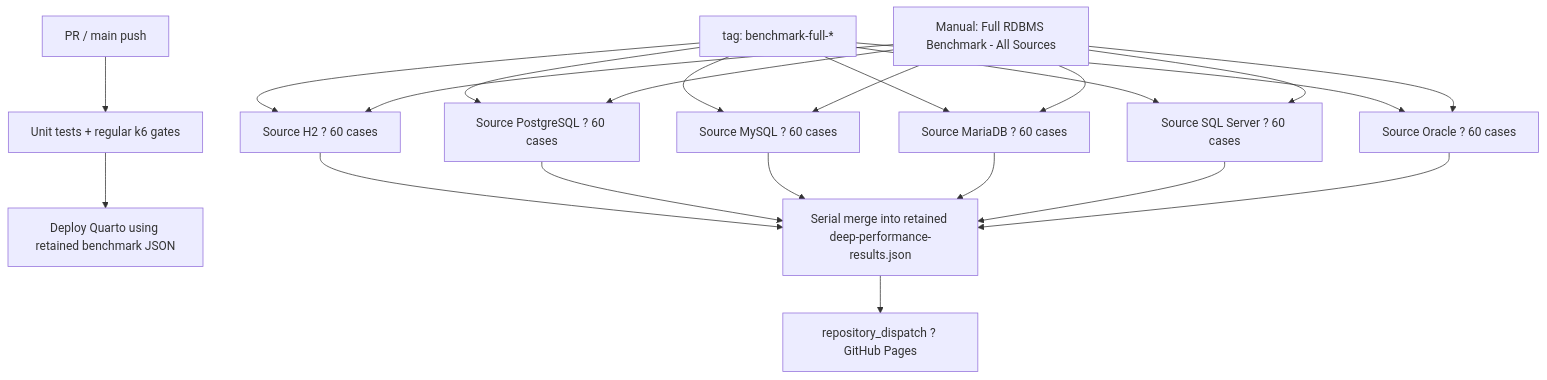
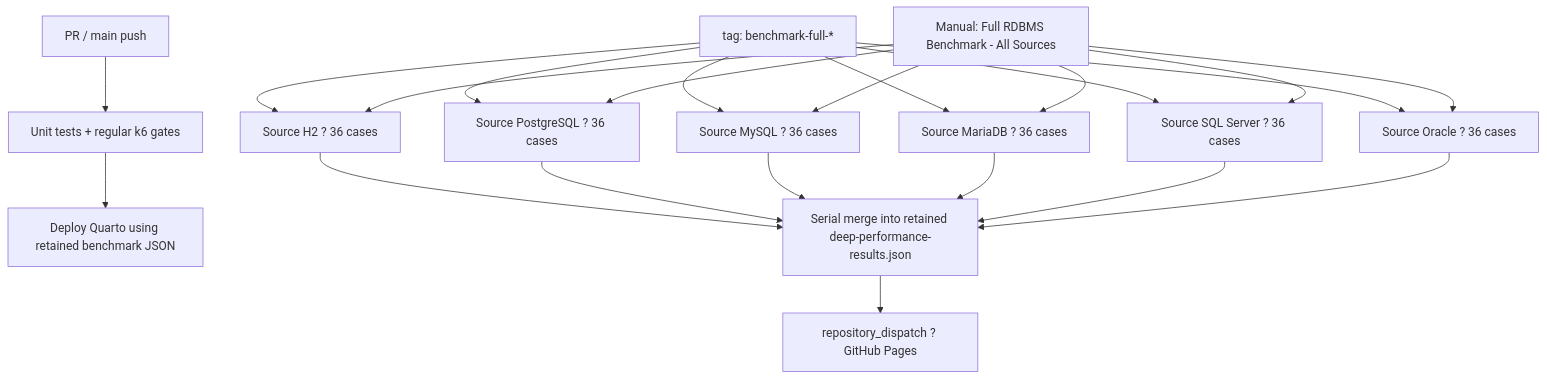
Before and after one commit to tibame201020/IrisPipe: the third of 3 diagrams in quarto/performance.qmd, drawn with Mermaid. The commit also changed other lines of this file and 6 other files, not shown here.

Commit message:
perf: streamline full matrix benchmark ladder

````diff
--- a/quarto/performance.qmd
+++ b/quarto/performance.qmd
@@ -117,27 +115,27 @@
 ```{mermaid}
 flowchart TD
   PR["PR / main push"] --> G["Unit tests + regular k6 gates"]
   G --> P["Deploy Quarto using retained benchmark JSON"]
 
-  T["tag: benchmark-full-*"] --> H2["Source H2 ? 60 cases"]
-  T --> PG["Source PostgreSQL ? 60 cases"]
-  T --> MY["Source MySQL ? 60 cases"]
-  T --> MA["Source MariaDB ? 60 cases"]
-  T --> MS["Source SQL Server ? 60 cases"]
-  T --> OR["Source Oracle ? 60 cases"]
+  T["tag: benchmark-full-*"] --> H2["Source H2 ? 36 cases"]
+  T --> PG["Source PostgreSQL ? 36 cases"]
+  T --> MY["Source MySQL ? 36 cases"]
+  T --> MA["Source MariaDB ? 36 cases"]
+  T --> MS["Source SQL Server ? 36 cases"]
+  T --> OR["Source Oracle ? 36 cases"]
 
   M["Manual: Full RDBMS Benchmark - All Sources"] --> H2
   M --> PG
   M --> MY
   M --> MA
   M --> MS
   M --> OR
 
   H2 --> R["Serial merge into retained deep-performance-results.json"]
   PG --> R
   MY --> R
   MA --> R
   MS --> R
   OR --> R
   R --> D["repository_dispatch ? GitHub Pages"]
 ```
````
